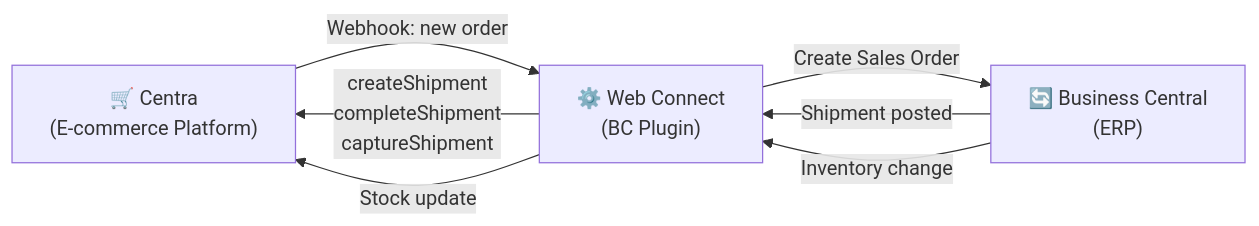
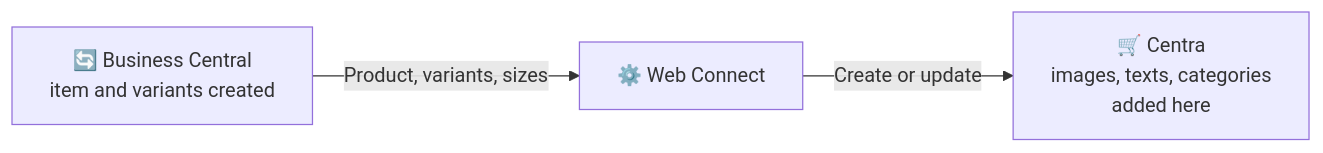
One commit to Combine-IT-ab/docs-general changed the sixth of 15 diagrams in docs/products/web-connect/integrations/centra/overview.md. Above: the diagram before and after it, drawn with Mermaid. The commit also changed other lines of this file and 4 other files, not shown here.

````diff
--- a/docs/products/web-connect/integrations/centra/overview.md
+++ b/docs/products/web-connect/integrations/centra/overview.md
@@ -55,13 +163,5 @@
 ```mermaid
-graph LR
-    A["🛒 Centra<br/>(E-commerce Platform)"]
-    B["⚙️ Web Connect<br/>(BC Plugin)"]
-    C["🔄 Business Central<br/>(ERP)"]
-
-    A -->|Webhook: new order| B
-    B -->|Create Sales Order| C
-    C -->|Shipment posted| B
-    B -->|createShipment<br/>completeShipment<br/>captureShipment| A
-    C -->|Inventory change| B
-    B -->|Stock update| A
+flowchart LR
+    BC["🔄 Business Central<br/>item and variants created"] -->|Product, variants, sizes| WC["⚙️ Web Connect"]
+    WC -->|Create or update| CE["🛒 Centra<br/>images, texts, categories<br/>added here"]
 ```
````
